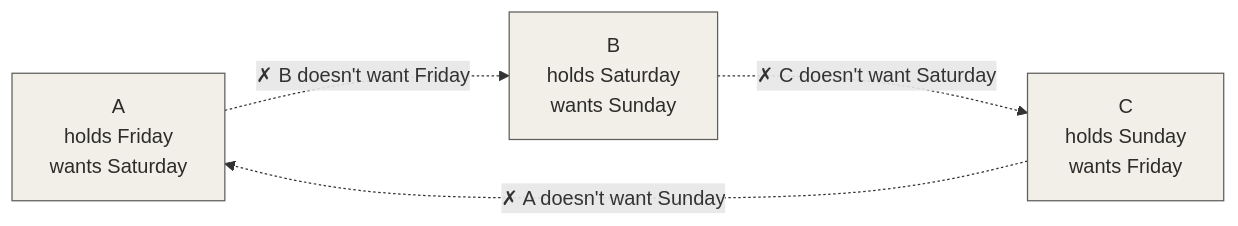
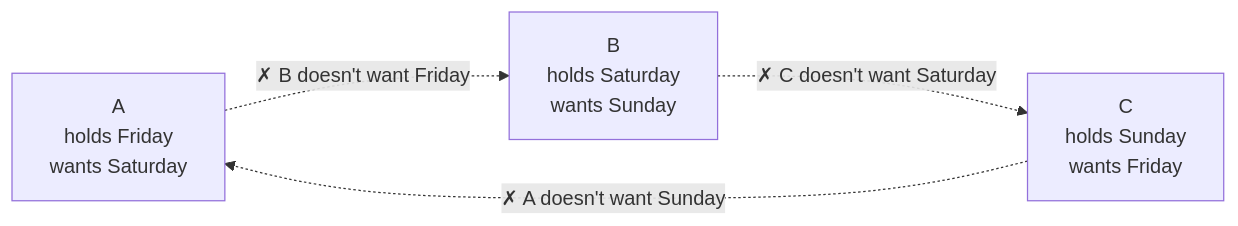
Before and after one commit to angelphoon7/online2026: the second of 26 diagrams in README.md, drawn with Mermaid. The commit also changed other lines of this file, not shown here.

````diff
--- a/README.md
+++ b/README.md
@@ -59,14 +44,10 @@
 ```mermaid
 flowchart LR
     A["A<br/>holds Friday<br/>wants Saturday"]
     B["B<br/>holds Saturday<br/>wants Sunday"]
     C["C<br/>holds Sunday<br/>wants Friday"]
 
     A -. "✗ B doesn't want Friday" .-> B
     B -. "✗ C doesn't want Saturday" .-> C
     C -. "✗ A doesn't want Sunday" .-> A
-
-    style A fill:#F1EFE8,stroke:#5F5E5A,color:#2C2C2A
-    style B fill:#F1EFE8,stroke:#5F5E5A,color:#2C2C2A
-    style C fill:#F1EFE8,stroke:#5F5E5A,color:#2C2C2A
 ```
````
